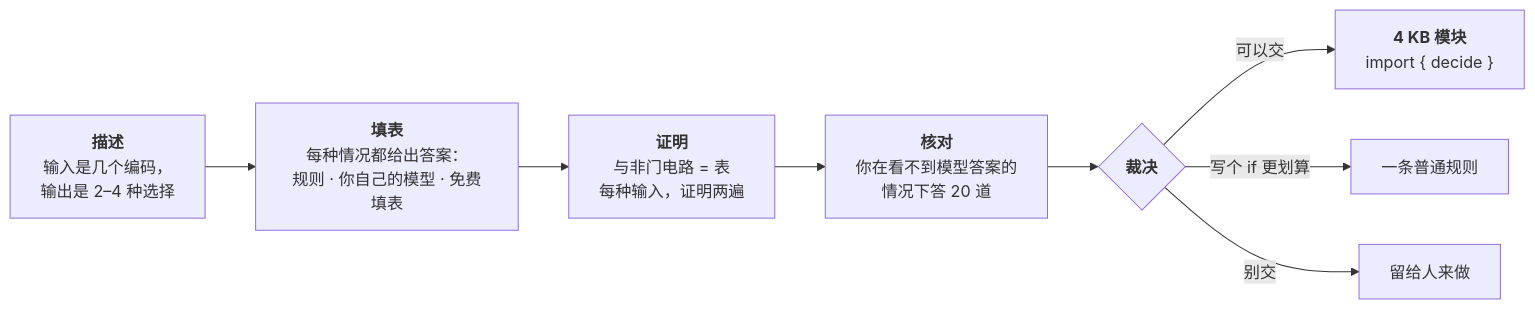
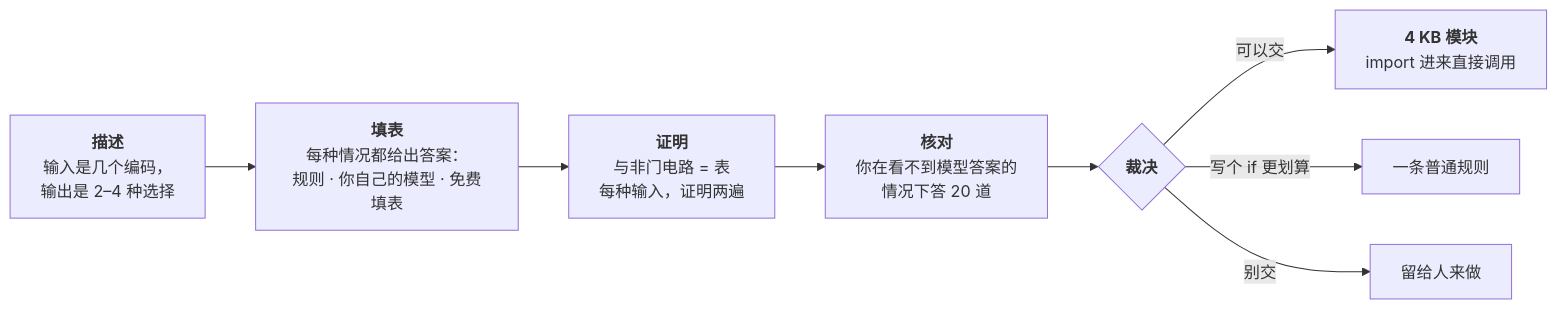
The diagram in README.zh-CN.md (BruceLanLan/gatecraft), drawn with Mermaid before and after one commit. The commit also changed 1 other file, not shown here.

Commit message:
Keep braces out of the README flow diagram's labels
GitHub renders the diagram on a host this machine cannot reach, so it could
not be checked here; the one construct that could trip the parser - braces
inside a node label - is gone from both languages.

````diff
--- a/README.zh-CN.md
+++ b/README.zh-CN.md
@@ -60,10 +60,10 @@
 ```mermaid
 flowchart LR
   A["<b>描述</b><br/>输入是几个编码，<br/>输出是 2–4 种选择"] --> B["<b>填表</b><br/>每种情况都给出答案：<br/>规则 · 你自己的模型 · 免费填表"]
   B --> C["<b>证明</b><br/>与非门电路 = 表<br/>每种输入，证明两遍"]
   C --> D["<b>核对</b><br/>你在看不到模型答案的<br/>情况下答 20 道"]
   D --> E{"<b>裁决</b>"}
-  E -->|可以交| F["<b>4 KB 模块</b><br/>import { decide }"]
+  E -->|可以交| F["<b>4 KB 模块</b><br/>import 进来直接调用"]
   E -->|写个 if 更划算| G["一条普通规则"]
   E -->|别交| H["留给人来做"]
 ```
````
